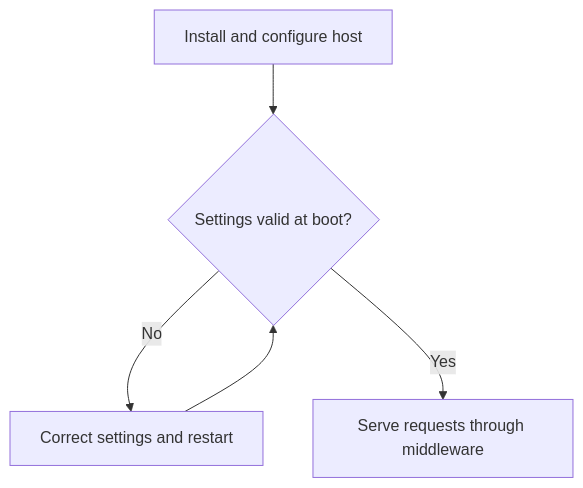
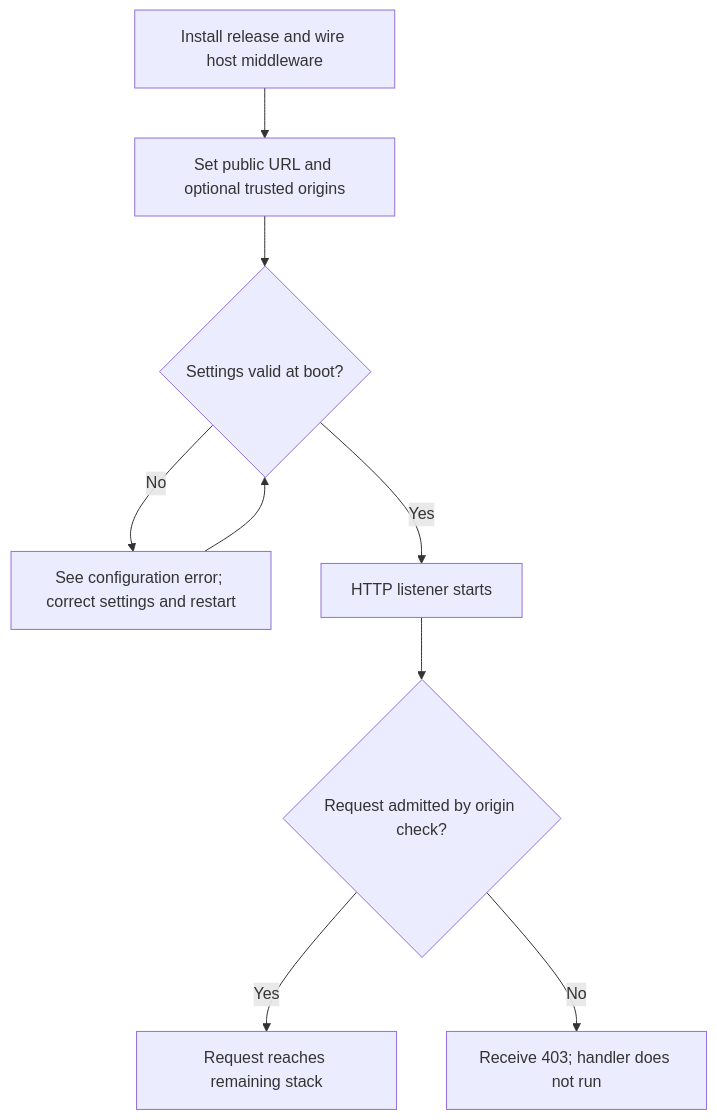
One commit to Kevinjohn/oss-adonisjs-origin-guard changed the first of 2 diagrams in user-stories/US-ORIGIN-05-install-and-start.md. Above: the diagram before and after it, drawn with Mermaid. The commit also changed other lines of this file and 5 other files, not shown here.

Commit message:
docs: verify user story paths and Mermaid flows against implementation

````diff
--- a/user-stories/US-ORIGIN-05-install-and-start.md
+++ b/user-stories/US-ORIGIN-05-install-and-start.md
@@ -22,7 +22,11 @@
 ```mermaid
 flowchart TD
-    A["Install and configure host"] --> B{"Settings valid at boot?"}
-    B -->|No| C["Correct settings and restart"]
+    A["Install release and wire host middleware"] --> S["Set public URL and optional trusted origins"]
+    S --> B{"Settings valid at boot?"}
+    B -->|No| C["See configuration error; correct settings and restart"]
     C --> B
-    B -->|Yes| D["Serve requests through middleware"]
+    B -->|Yes| D["HTTP listener starts"]
+    D --> E{"Request admitted by origin check?"}
+    E -->|Yes| F["Request reaches remaining stack"]
+    E -->|No| G["Receive 403; handler does not run"]
 ```
````
